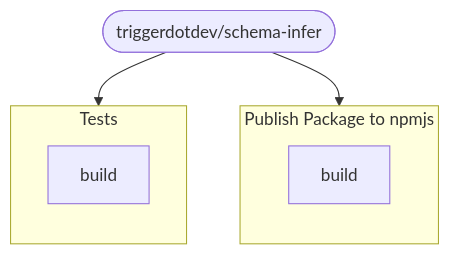
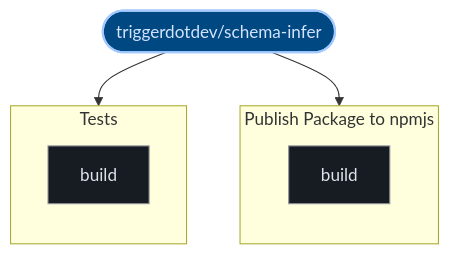
Before and after one commit to kumarshaz/atruss-code-atlas: the third of 3 diagrams in exports/latest/reports/triggerdotdev-schema-infer-report.md, drawn with Mermaid. The commit also changed other lines of this file and 331 other files, not shown here.

Commit message:
docs,ui,fix: update SDLC docs, reorder CI/CD DAG first, stylize Mermaid, and fix Arc42 pipeline topology

````diff
--- a/exports/latest/reports/triggerdotdev-schema-infer-report.md
+++ b/exports/latest/reports/triggerdotdev-schema-infer-report.md
@@ -127,14 +138,21 @@
 ```mermaid
 graph TD;
-  pipeline_root(["triggerdotdev/schema-infer"])
+  classDef atlasRoot fill:#004882,stroke:#a3c9ff,stroke-width:2px,color:#d3e4ff
+  classDef atlasCategory fill:#212428,stroke:#E87A48,stroke-width:1.5px,color:#dfe3eb
+  classDef atlasWorkflow fill:#1b2026,stroke:#a3c9ff,stroke-width:1.5px,color:#dfe3eb
+  classDef atlasJob fill:#171c22,stroke:#8d9199,stroke-width:1px,color:#dfe3eb
+  classDef atlasTarget fill:#005227,stroke:#8bd99b,stroke-width:1.5px,color:#a7f6b6
+  classDef atlasAlert fill:#93000a,stroke:#ffb4ab,stroke-width:1.5px,color:#ffdad6
+  classDef atlasMore fill:#252a31,stroke:#8d9199,stroke-dasharray:4 4,color:#c3c6cf
+  pipeline_root(["triggerdotdev/schema-infer"]):::atlasRoot
   subgraph Publish_Package_to_npmjs_0["Publish Package to npmjs"]
     direction TB
-    0_build["build"]
+    0_build["build"]:::atlasJob
   end
   pipeline_root --> 0_build
   subgraph Tests_1["Tests"]
     direction TB
-    1_build["build"]
+    1_build["build"]:::atlasJob
   end
   pipeline_root --> 1_build
 ```
````
